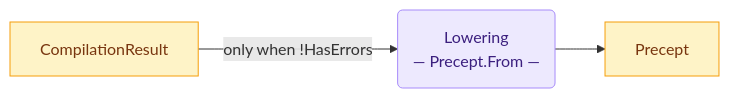
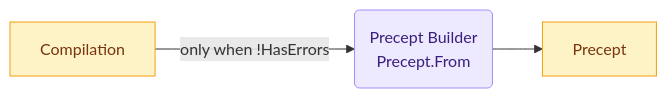
Before and after one commit to sfalik/Precept: the eighth of 9 diagrams in docs/compiler-and-runtime-design.md, drawn with Mermaid. The commit also changed other lines of this file, not shown here.

````diff
--- a/docs/compiler-and-runtime-design.md
+++ b/docs/compiler-and-runtime-design.md
@@ -688,12 +696,12 @@
 ```mermaid
 flowchart LR
     classDef stage fill:#ede9fe,stroke:#a78bfa,color:#3b1f7e
     classDef artifact fill:#fef3c7,stroke:#f59e0b,color:#78350f
 
-    CR[CompilationResult]:::artifact
-    LOW("Lowering<br/>— Precept.From —"):::stage
+    CR[Compilation]:::artifact
+    LOW("Precept Builder<br/>Precept.From"):::stage
     OUT[Precept]:::artifact
 
     CR -->|"only when !HasErrors"| LOW
     LOW --> OUT
 ```
````
